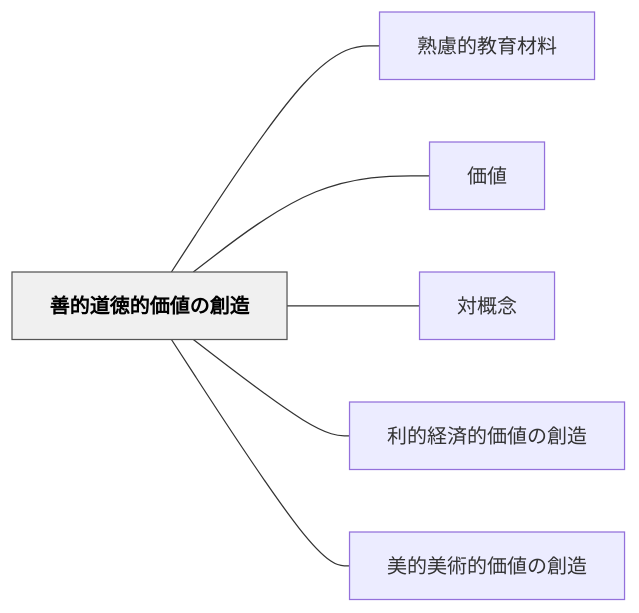
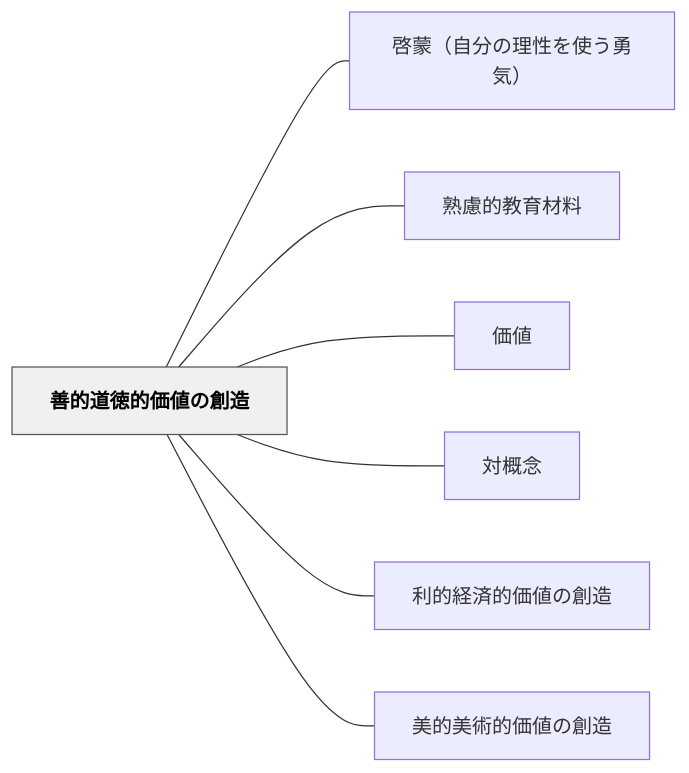
Before and after one commit to unknownthings-ed-patterns/unknownthings-ed-patterns: the diagram in content/パタン/善的道徳的価値の創造.md, drawn with Mermaid. The commit also changed other lines of this file and 16 other files, not shown here.

````diff
--- a/content/パタン/善的道徳的価値の創造.md
+++ b/content/パタン/善的道徳的価値の創造.md
@@ -50,18 +51,20 @@
 ```mermaid
 flowchart LR
     ne59684e79a84e98193e5beb3e79a84e4bea1e580a4e381aee589b5e980a0["善的道徳的価値の創造"]
+    ne59593e89299efbc88e887aae58886e381aee79086e680a7e38292e4bdbfe38186e58b87e6b097efbc89["啓蒙（自分の理性を使う勇気）"]
     ne7869fe685aee79a84e69599e882b2e69d90e69699["熟慮的教育材料"]
     ne4bea1e580a4["価値"]
     ne5afbee6a682e5bfb5["対概念"]
     ne588a9e79a84e7b58ce6b888e79a84e4bea1e580a4e381aee589b5e980a0["利的経済的価値の創造"]
     ne7be8ee79a84e7be8ee8a193e79a84e4bea1e580a4e381aee589b5e980a0["美的美術的価値の創造"]
 
+    ne59684e79a84e98193e5beb3e79a84e4bea1e580a4e381aee589b5e980a0 --- ne59593e89299efbc88e887aae58886e381aee79086e680a7e38292e4bdbfe38186e58b87e6b097efbc89
     ne59684e79a84e98193e5beb3e79a84e4bea1e580a4e381aee589b5e980a0 --- ne7869fe685aee79a84e69599e882b2e69d90e69699
     ne59684e79a84e98193e5beb3e79a84e4bea1e580a4e381aee589b5e980a0 --- ne4bea1e580a4
     ne59684e79a84e98193e5beb3e79a84e4bea1e580a4e381aee589b5e980a0 --- ne5afbee6a682e5bfb5
     ne59684e79a84e98193e5beb3e79a84e4bea1e580a4e381aee589b5e980a0 --- ne588a9e79a84e7b58ce6b888e79a84e4bea1e580a4e381aee589b5e980a0
     ne59684e79a84e98193e5beb3e79a84e4bea1e580a4e381aee589b5e980a0 --- ne7be8ee79a84e7be8ee8a193e79a84e4bea1e580a4e381aee589b5e980a0
 
     classDef hub fill:#f0f0f0,stroke:#555,color:#000,font-weight:bold
     class ne59684e79a84e98193e5beb3e79a84e4bea1e580a4e381aee589b5e980a0 hub
 ```
````
